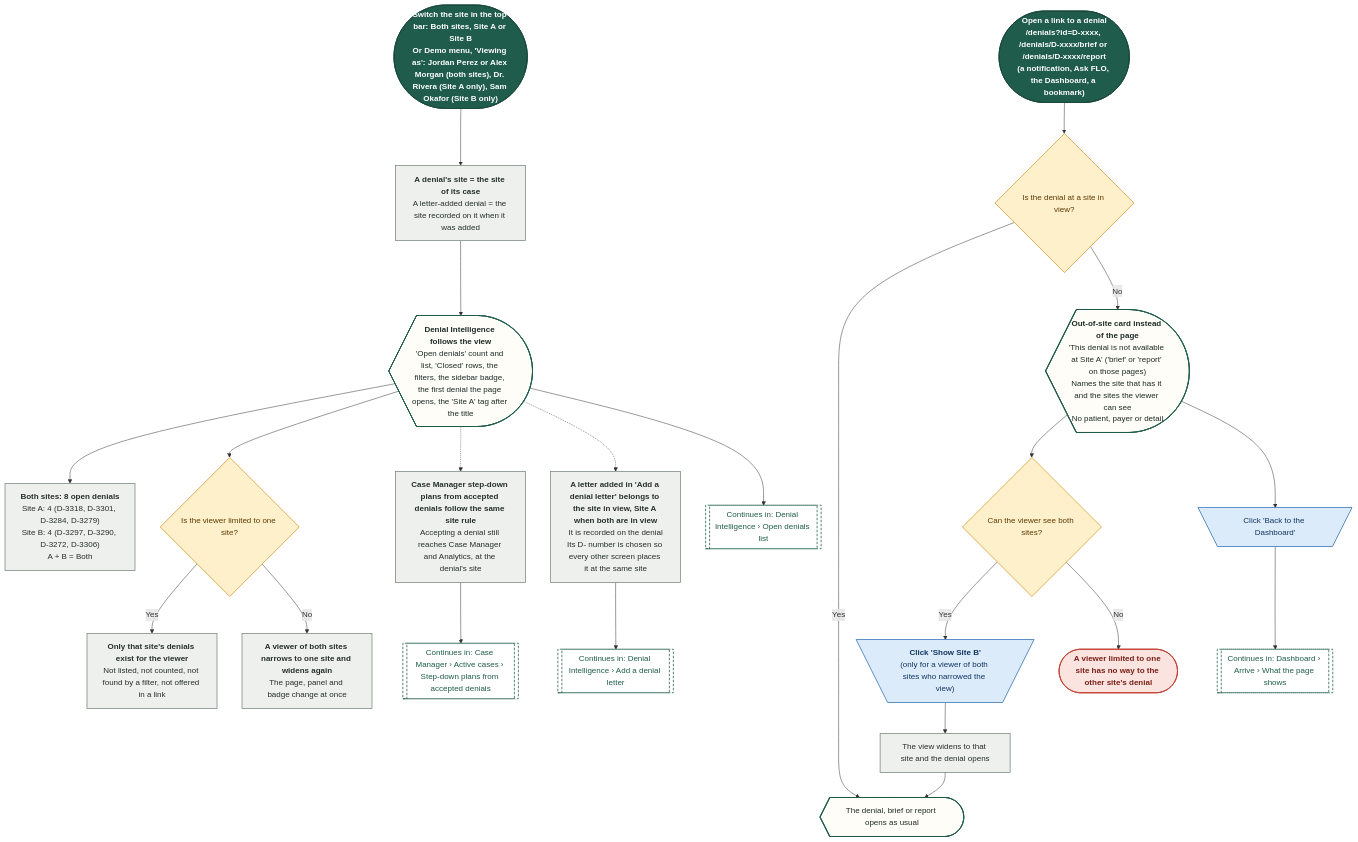
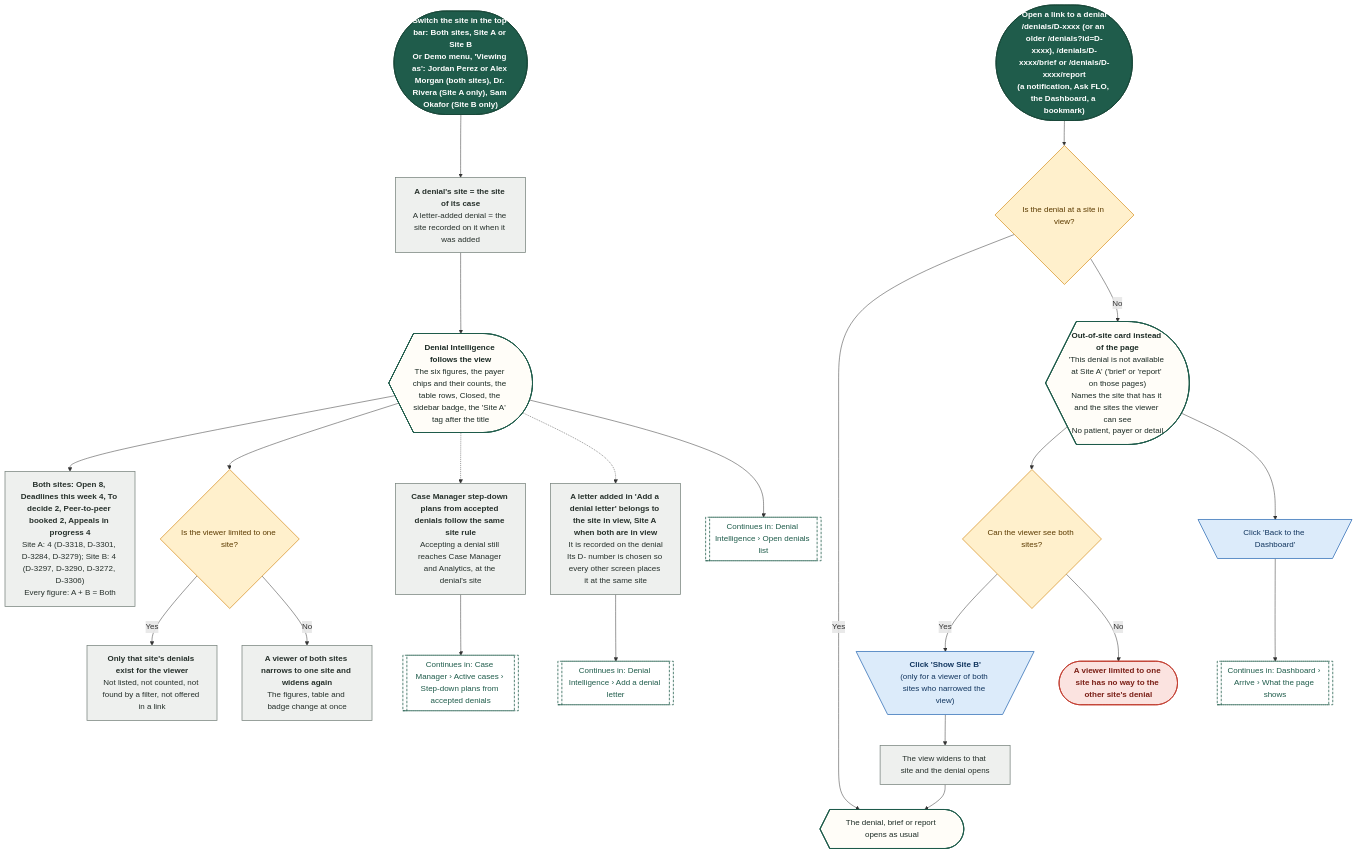
Before and after one commit to Shrav143/psyfloapp: diagram 17 of 28 in demos/prior-auth-demo/workflows/out/md/06-denials.md, drawn with Mermaid. The commit also changed other lines of this file and 202 other files, not shown here.

First line of the commit message:
docs: round 6 README, CONVENTIONS, spec section 17, diagram module blurbs and 336 rebuilt diagrams

````diff
--- a/demos/prior-auth-demo/workflows/out/md/06-denials.md
+++ b/demos/prior-auth-demo/workflows/out/md/06-denials.md
@@ -1345,62 +1221,62 @@
 ```mermaid
 %%{init: {"theme":"base","themeVariables":{"fontFamily":"'DM Sans', 'Segoe UI', system-ui, sans-serif","fontSize":"15px","lineColor":"#5B6B63","primaryTextColor":"#1C2B25","clusterBkg":"#FBF8F3","clusterBorder":"#D9CDBB","edgeLabelBackground":"#FFFFFF"},"flowchart":{"curve":"basis","nodeSpacing":36,"rankSpacing":48,"padding":12,"htmlLabels":true,"useMaxWidth":false,"wrappingWidth":230}} }%%
 flowchart TD
   classDef k_start fill:#1F5C4B,stroke:#174638,color:#FFFFFF,stroke-width:1.5px,font-weight:600
   classDef k_end fill:#DDEFE3,stroke:#2E7D4F,color:#14502F,stroke-width:1.5px,font-weight:600
   classDef k_endx fill:#FBE3E0,stroke:#C0392B,color:#7A1F16,stroke-width:1.5px,font-weight:600
   classDef k_screen fill:#FFFDF8,stroke:#1F5C4B,color:#1C2B25,stroke-width:2px
   classDef k_overlay fill:#F1F7F3,stroke:#1F5C4B,color:#1C2B25,stroke-width:2px,stroke-dasharray:5 3
   classDef k_click fill:#DCEBFA,stroke:#2F6DB5,color:#12365F,stroke-width:1.5px
   classDef k_input fill:#E4E7FF,stroke:#4C5FD5,color:#1D2670,stroke-width:1.5px
   classDef k_process fill:#EEF0EE,stroke:#7A857F,color:#26302B,stroke-width:1.5px
   classDef k_agent fill:#EEE5FA,stroke:#7A4FC2,color:#341A63,stroke-width:1.5px
   classDef k_decision fill:#FFF0CC,stroke:#D9962B,color:#5C3B00,stroke-width:1.5px
   classDef k_store fill:#D5F0EA,stroke:#1C8E7B,color:#0B4A3F,stroke-width:1.5px
   classDef k_doc fill:#F6E9DC,stroke:#B07A4C,color:#4A2E14,stroke-width:1.5px
   classDef k_ext fill:#FFE6D2,stroke:#E07B39,color:#6B2F06,stroke-width:1.5px
   classDef k_wait fill:#E4E8EE,stroke:#6B7C93,color:#26303D,stroke-width:1.5px
   classDef k_toast fill:#FFF9DB,stroke:#C9A400,color:#5A4A00,stroke-width:1.5px
   classDef k_goto fill:#FFFFFF,stroke:#1F5C4B,color:#1F5C4B,stroke-width:1.5px,stroke-dasharray:5 3
   s1@{ shape: stadium, label: "<b>Switch the site in the top bar: Both sites, Site A or Site B</b><br/>Or Demo menu, 'Viewing as': Jordan Perez or Alex Morgan (both sites), Dr. Rivera (Site A only), Sam Okafor (Site B only)" }
   p1@{ shape: rect, label: "<b>A denial's site = the site of its case</b><br/>A letter-added denial = the site recorded on it when it was added" }
-  sc1@{ shape: curv-trap, label: "<b>Denial Intelligence follows the view</b><br/>'Open denials' count and list, 'Closed' rows, the filters, the sidebar badge, the first denial the page opens, the 'Site A' tag after the title" }
-  p2@{ shape: rect, label: "<b>Both sites: 8 open denials</b><br/>Site A: 4 (D-3318, D-3301, D-3284, D-3279)<br/>Site B: 4 (D-3297, D-3290, D-3272, D-3306)<br/>A + B = Both" }
+  sc1@{ shape: curv-trap, label: "<b>Denial Intelligence follows the view</b><br/>The six figures, the payer chips and their counts, the table rows, Closed, the sidebar badge, the 'Site A' tag after the title" }
+  p2@{ shape: rect, label: "<b>Both sites: Open 8, Deadlines this week 4, To decide 2, Peer-to-peer booked 2, Appeals in progress 4</b><br/>Site A: 4 (D-3318, D-3301, D-3284, D-3279); Site B: 4 (D-3297, D-3290, D-3272, D-3306)<br/>Every figure: A + B = Both" }
   d1@{ shape: diam, label: "Is the viewer limited to one site?" }
   p3@{ shape: rect, label: "<b>Only that site's denials exist for the viewer</b><br/>Not listed, not counted, not found by a filter, not offered in a link" }
-  p4@{ shape: rect, label: "<b>A viewer of both sites narrows to one site and widens again</b><br/>The page, panel and badge change at once" }
+  p4@{ shape: rect, label: "<b>A viewer of both sites narrows to one site and widens again</b><br/>The figures, table and badge change at once" }
   p5@{ shape: rect, label: "<b>Case Manager step-down plans from accepted denials follow the same site rule</b><br/>Accepting a denial still reaches Case Manager and Analytics, at the denial's site" }
   p6@{ shape: rect, label: "<b>A letter added in 'Add a denial letter' belongs to the site in view, Site A when both are in view</b><br/>It is recorded on the denial<br/>Its D- number is chosen so every other screen places it at the same site" }
-  s2@{ shape: stadium, label: "<b>Open a link to a denial</b><br/>/denials?id=D-xxxx, /denials/D-xxxx/brief or /denials/D-xxxx/report<br/>(a notification, Ask FLO, the Dashboard, a bookmark)" }
+  s2@{ shape: stadium, label: "<b>Open a link to a denial</b><br/>/denials/D-xxxx (or an older /denials?id=D-xxxx), /denials/D-xxxx/brief or /denials/D-xxxx/report<br/>(a notification, Ask FLO, the Dashboard, a bookmark)" }
   d2@{ shape: diam, label: "Is the denial at a site in view?" }
   ok@{ shape: curv-trap, label: "The denial, brief or report opens as usual" }
   o1@{ shape: curv-trap, label: "<b>Out-of-site card instead of the page</b><br/>'This denial is not available at Site A' ('brief' or 'report' on those pages)<br/>Names the site that has it and the sites the viewer can see<br/>No patient, payer or detail" }
   d3@{ shape: diam, label: "Can the viewer see both sites?" }
   c1@{ shape: trap-t, label: "<b>Click 'Show Site B'</b><br/>(only for a viewer of both sites who narrowed the view)" }
   p7@{ shape: rect, label: "The view widens to that site and the denial opens" }
   c2@{ shape: trap-t, label: "Click 'Back to the Dashboard'" }
   g1@{ shape: subproc, label: "Continues in: Dashboard › Arrive › What the page shows" }
   e1@{ shape: stadium, label: "A viewer limited to one site has no way to the other site's denial" }
   g2@{ shape: subproc, label: "Continues in: Denial Intelligence › Open denials list" }
   g3@{ shape: subproc, label: "Continues in: Denial Intelligence › Add a denial letter" }
   g4@{ shape: subproc, label: "Continues in: Case Manager › Active cases › Step-down plans from accepted denials" }
   s1 --> p1 --> sc1 --> p2
   sc1 --> d1
   d1 -->|"Yes"| p3
   d1 -->|"No"| p4
   sc1 -.-> p5 --> g4
   sc1 -.-> p6 --> g3
   sc1 --> g2
   s2 --> d2
   d2 -->|"Yes"| ok
   d2 -->|"No"| o1 --> d3
   d3 -->|"Yes"| c1 --> p7 --> ok
   d3 -->|"No"| e1
   o1 --> c2 --> g1
   class s1,s2 k_start
   class p1,p2,p3,p4,p5,p6,p7 k_process
   class sc1,ok,o1 k_screen
   class d1,d2,d3 k_decision
   class c1,c2 k_click
   class g1,g2,g3,g4 k_goto
   class e1 k_endx
 ```
````
